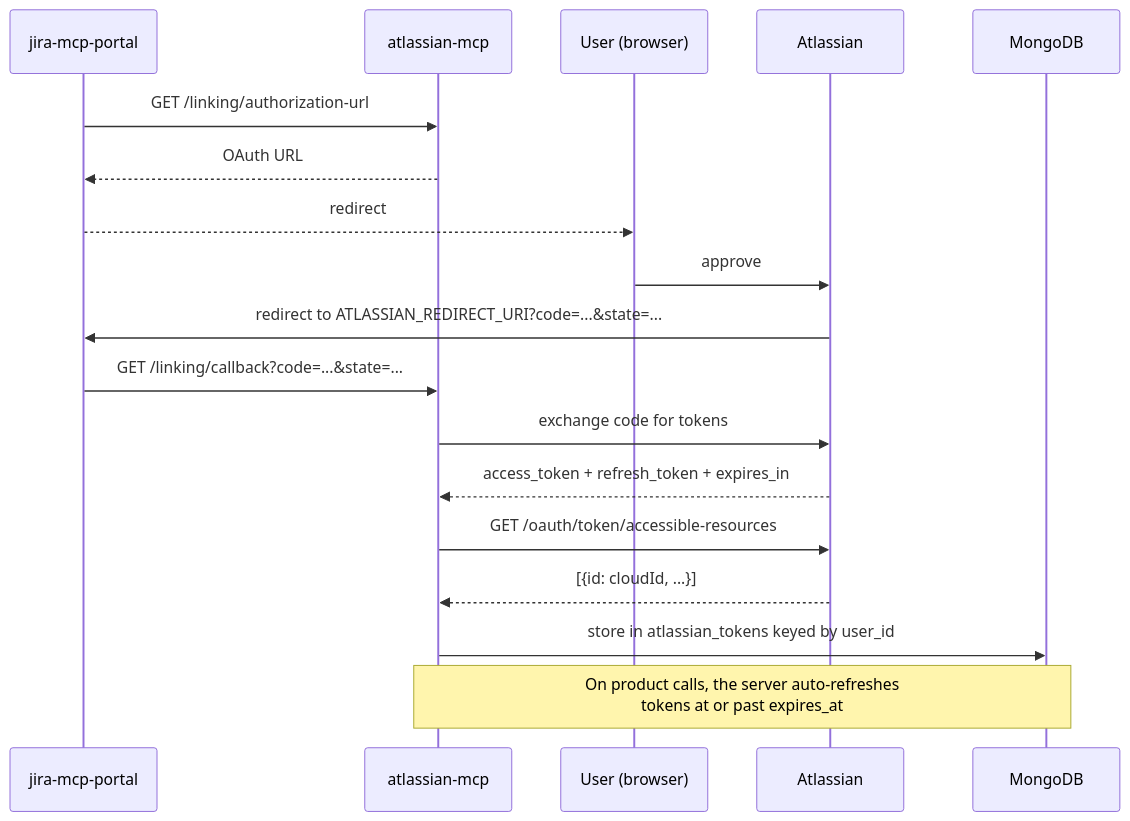
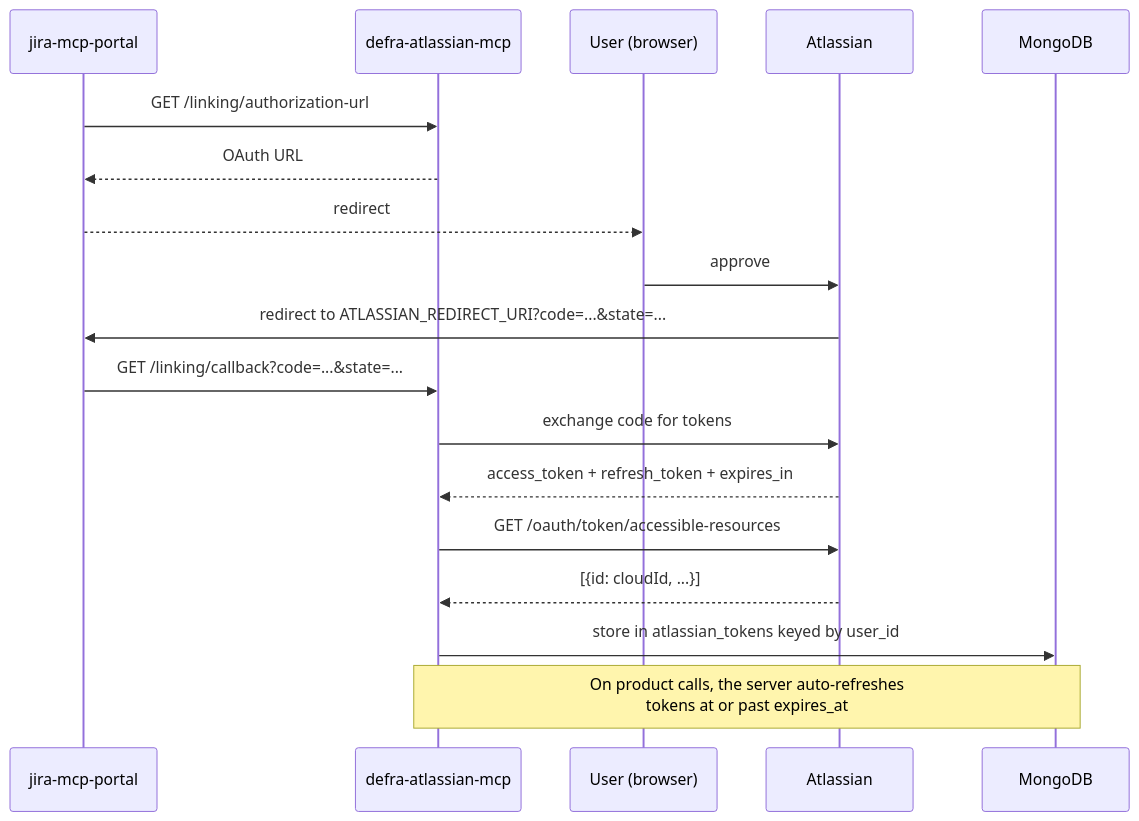
One commit to DEFRA/defra-atlassian-mcp changed the second of 2 diagrams in README.md. Above: the diagram before and after it, drawn with Mermaid. The commit also changed other lines of this file and 19 other files, not shown here.

Commit message:
Rename the package, commands and server to defra-atlassian-mcp

````diff
--- a/README.md
+++ b/README.md
@@ -311,21 +311,21 @@
 ```mermaid
 sequenceDiagram
     participant Portal as jira-mcp-portal
-    participant Server as atlassian-mcp
+    participant Server as defra-atlassian-mcp
     participant User as User (browser)
     participant Atlassian as Atlassian
     participant Mongo as MongoDB
 
     Portal->>Server: GET /linking/authorization-url
     Server-->>Portal: OAuth URL
     Portal-->>User: redirect
     User->>Atlassian: approve
     Atlassian->>Portal: redirect to ATLASSIAN_REDIRECT_URI?code=...&state=...
     Portal->>Server: GET /linking/callback?code=...&state=...
     Server->>Atlassian: exchange code for tokens
     Atlassian-->>Server: access_token + refresh_token + expires_in
     Server->>Atlassian: GET /oauth/token/accessible-resources
     Atlassian-->>Server: [{id: cloudId, ...}]
     Server->>Mongo: store in atlassian_tokens keyed by user_id
     Note over Server,Mongo: On product calls, the server auto-refreshes<br/>tokens at or past expires_at
 ```
````
